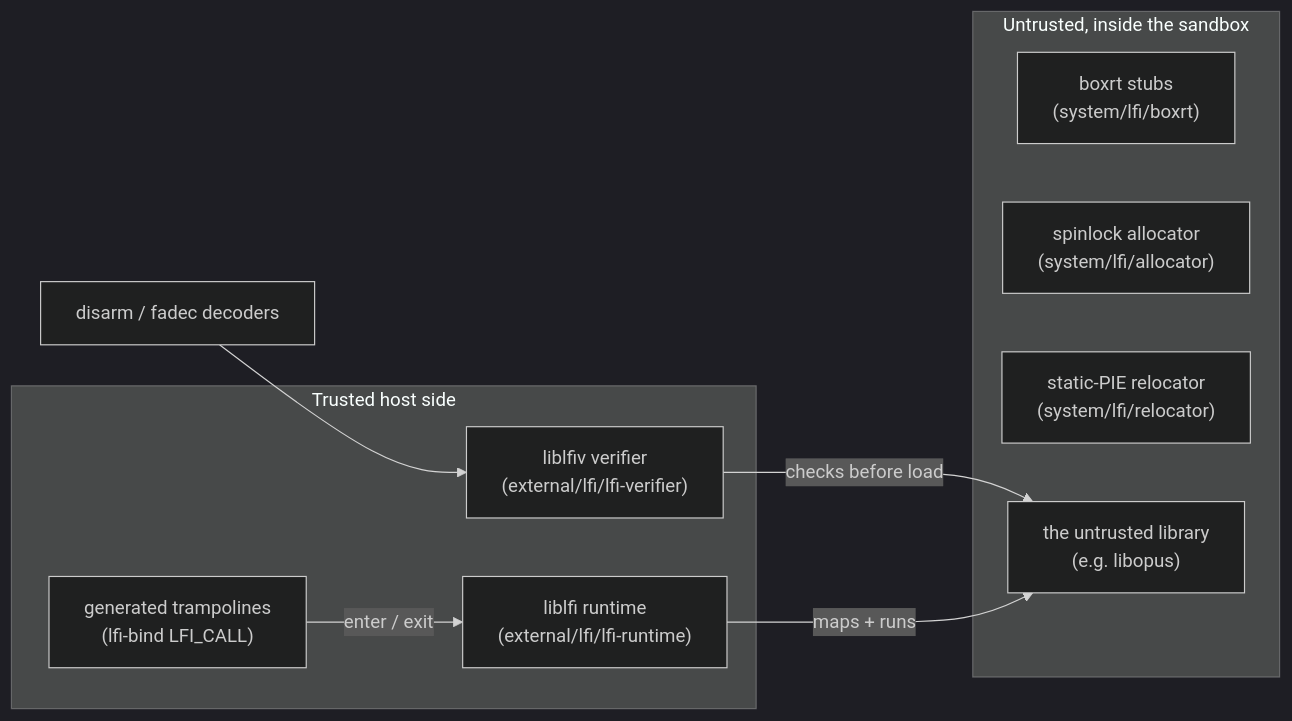
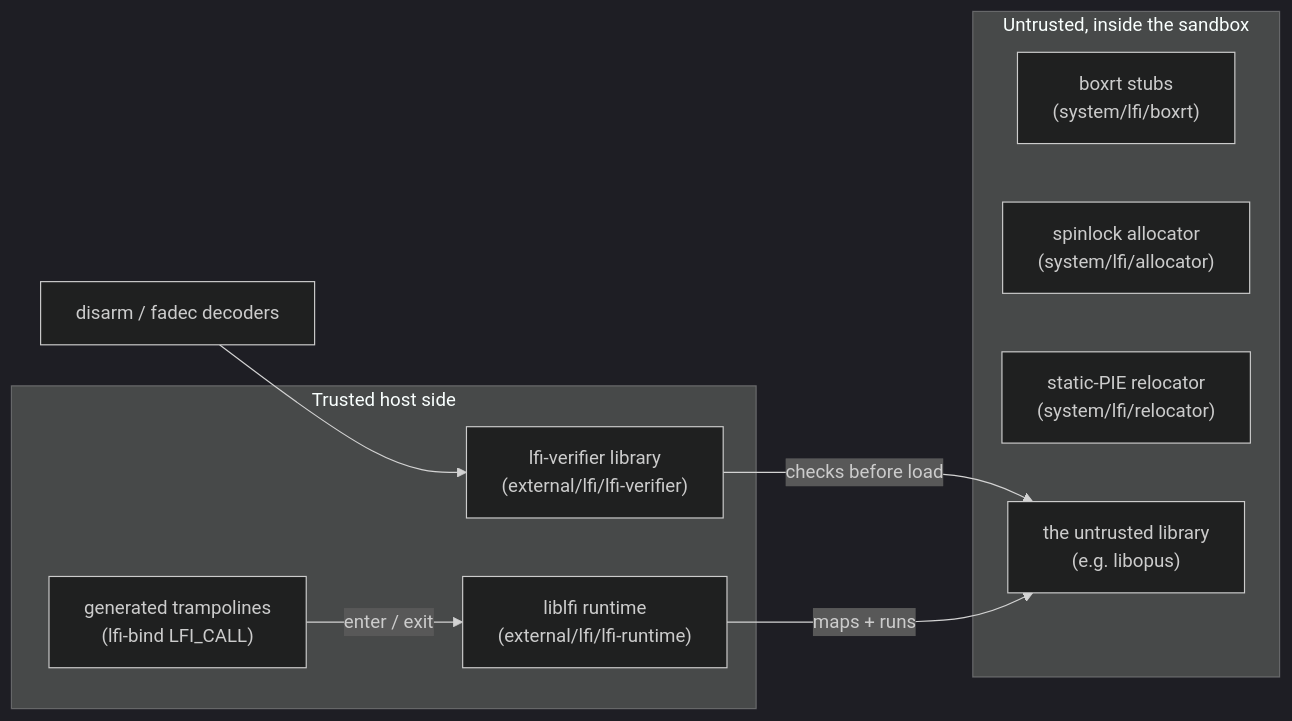
The second of 4 diagrams in agents/claude/skills/aosp-security/43-lfi-sandbox.md (aospbooks/aosp-internal-book), drawn with Mermaid (dark theme) before and after one commit. The commit also changed other lines of this file and 68 other files, not shown here.

````diff
--- a/agents/claude/skills/aosp-security/43-lfi-sandbox.md
+++ b/agents/claude/skills/aosp-security/43-lfi-sandbox.md
@@ -222,18 +222,18 @@
 ```mermaid
 flowchart LR
   subgraph trusted["Trusted host side"]
-    VER["liblfiv verifier<br/>(external/lfi/lfi-verifier)"]
+    VER["lfi-verifier library<br/>(external/lfi/lfi-verifier)"]
     RUN["liblfi runtime<br/>(external/lfi/lfi-runtime)"]
     TRAMP["generated trampolines<br/>(lfi-bind LFI_CALL)"]
   end
   subgraph untrusted["Untrusted, inside the sandbox"]
     BOXRT["boxrt stubs<br/>(system/lfi/boxrt)"]
     ALLOC["spinlock allocator<br/>(system/lfi/allocator)"]
     RELOC["static-PIE relocator<br/>(system/lfi/relocator)"]
     LIB["the untrusted library<br/>(e.g. libopus)"]
   end
   DEC["disarm / fadec decoders"] --> VER
   VER -->|"checks before load"| LIB
   TRAMP -->|"enter / exit"| RUN
   RUN -->|"maps + runs"| LIB
 ```
````
